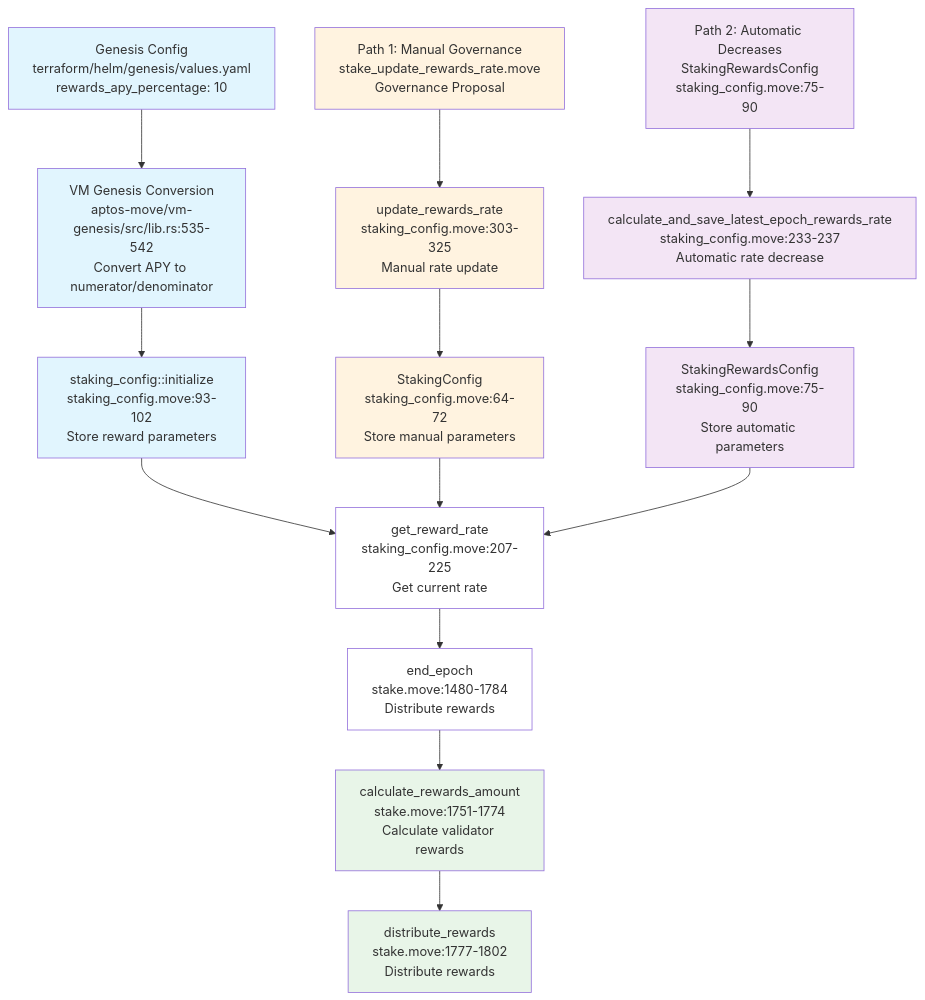
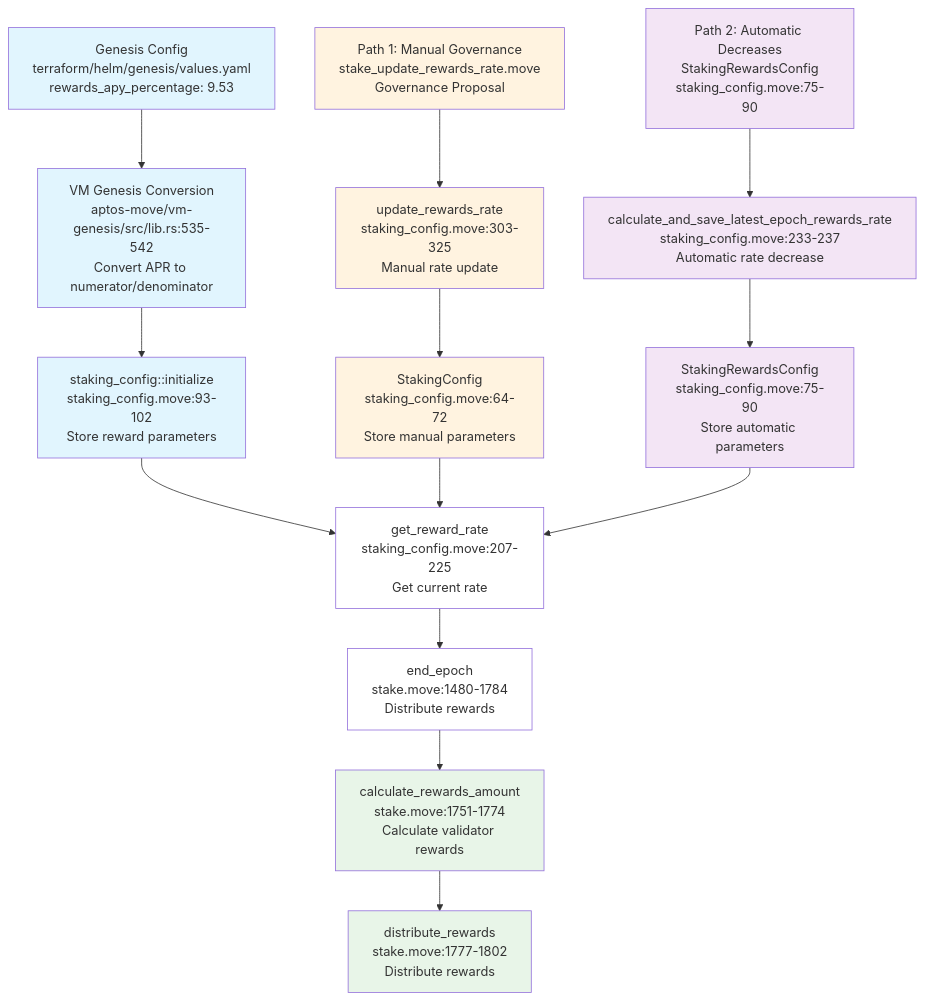
One commit to movementlabsxyz/MIP changed the diagram in MIP/mip-124/README.md. Above: the diagram before and after it, drawn with Mermaid. The commit also changed other lines of this file, not shown here.

First line of the commit message:
MIP-124: Update reward system docs to target 10% APY (9.53% APR)

````diff
--- a/MIP/mip-124/README.md
+++ b/MIP/mip-124/README.md
@@ -186,34 +205,34 @@
 ```mermaid
 graph TD
-    A[Genesis Config<br/>terraform/helm/genesis/values.yaml<br/>rewards_apy_percentage: 10] --> B[VM Genesis Conversion<br/>aptos-move/vm-genesis/src/lib.rs:535-542<br/>Convert APY to numerator/denominator]
+    A[Genesis Config<br/>terraform/helm/genesis/values.yaml<br/>rewards_apy_percentage: 9.53] --> B[VM Genesis Conversion<br/>aptos-move/vm-genesis/src/lib.rs:535-542<br/>Convert APR to numerator/denominator]
     
     C[Path 1: Manual Governance<br/>stake_update_rewards_rate.move<br/>Governance Proposal] --> D[update_rewards_rate<br/>staking_config.move:303-325<br/>Manual rate update]
     
     E[Path 2: Automatic Decreases<br/>StakingRewardsConfig<br/>staking_config.move:75-90] --> F[calculate_and_save_latest_epoch_rewards_rate<br/>staking_config.move:233-237<br/>Automatic rate decrease]
     
     B --> G[staking_config::initialize<br/>staking_config.move:93-102<br/>Store reward parameters]
     D --> H[StakingConfig<br/>staking_config.move:64-72<br/>Store manual parameters]
     F --> I[StakingRewardsConfig<br/>staking_config.move:75-90<br/>Store automatic parameters]
     
     G --> J[get_reward_rate<br/>staking_config.move:207-225<br/>Get current rate]
     H --> J
     I --> J
     
     J --> K[end_epoch<br/>stake.move:1480-1784<br/>Distribute rewards]
     K --> L[calculate_rewards_amount<br/>stake.move:1751-1774<br/>Calculate validator rewards]
     L --> M[distribute_rewards<br/>stake.move:1777-1802<br/>Distribute rewards]
     
     style A fill:#e1f5fe
     style B fill:#e1f5fe
     style G fill:#e1f5fe
     style C fill:#fff3e0
     style D fill:#fff3e0
     style H fill:#fff3e0
     style E fill:#f3e5f5
     style F fill:#f3e5f5
     style I fill:#f3e5f5
     style J fill:#ffffff
     style K fill:#ffffff
     style L fill:#e8f5e8
     style M fill:#e8f5e8
 ```
````
